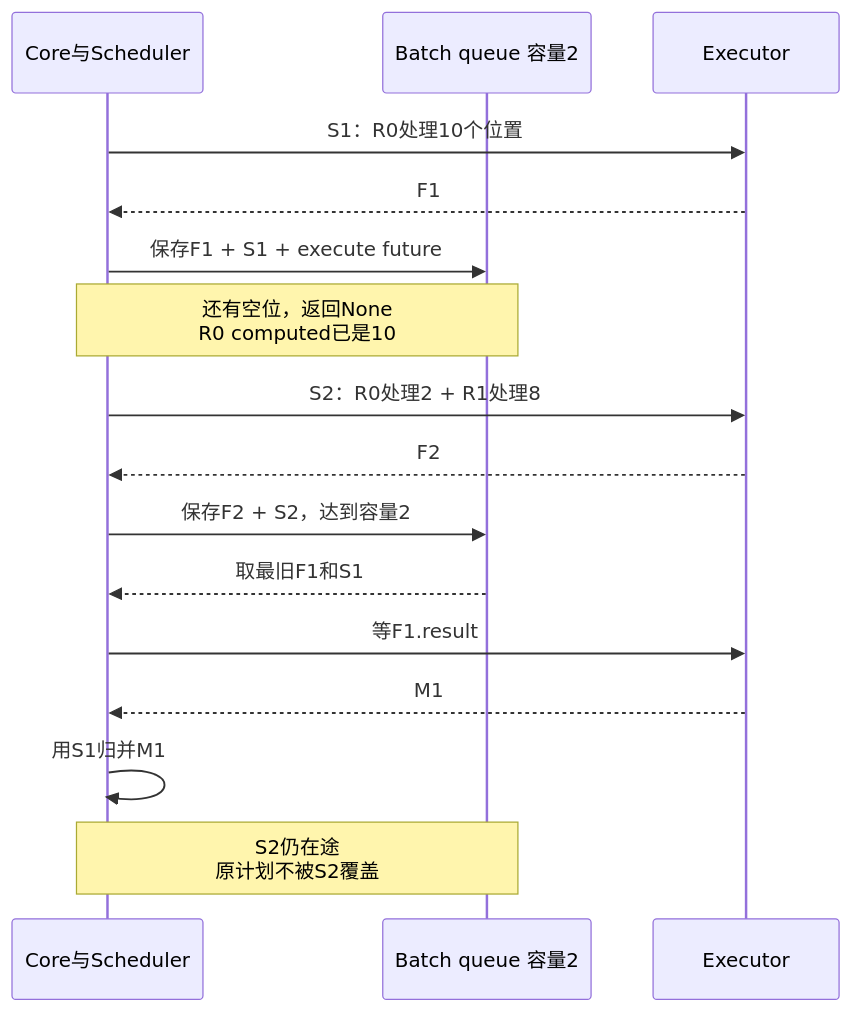
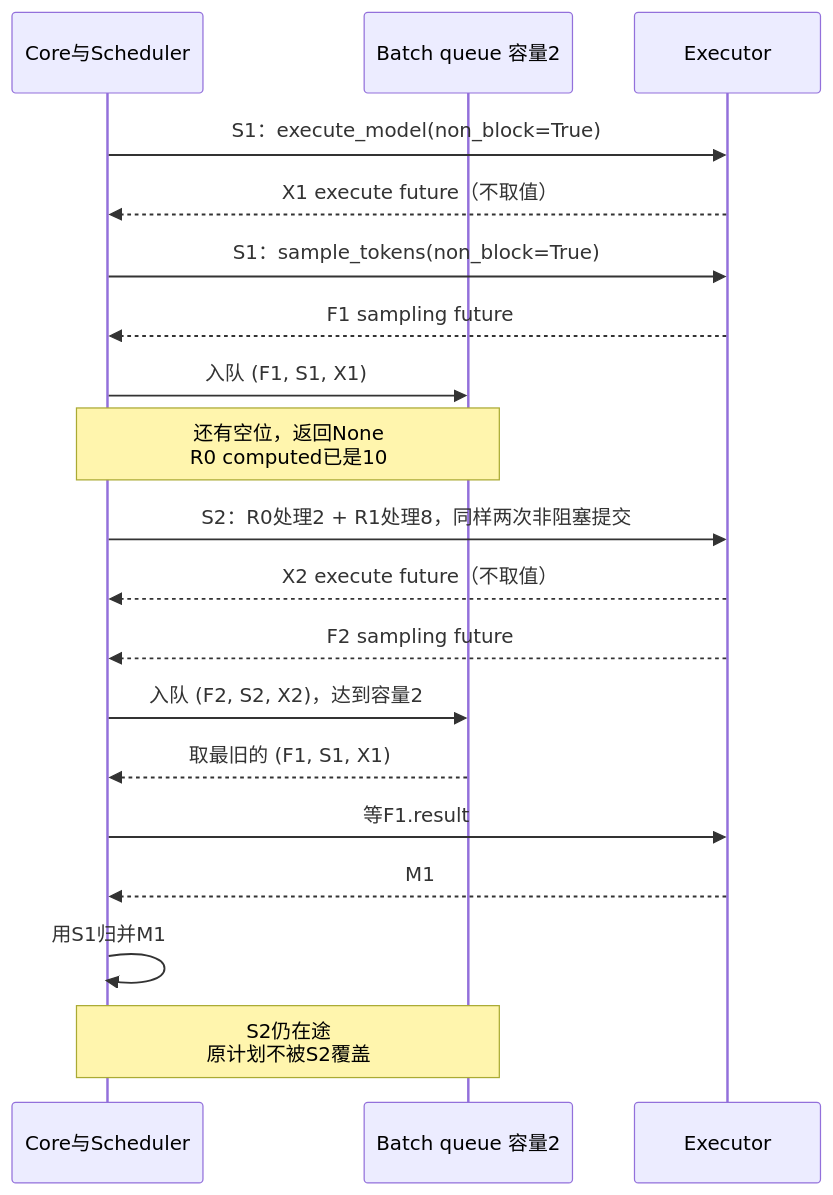
Before and after one commit to suhaibo666/llm-knowledge: the second of 4 diagrams in wiki/02_engineering/03_infer_frameworks/vllm/06_vllm_engine_architecture_analysis.md, drawn with Mermaid. The commit also changed other lines of this file and 59 other files, not shown here.

````diff
--- a/wiki/02_engineering/03_infer_frameworks/vllm/06_vllm_engine_architecture_analysis.md
+++ b/wiki/02_engineering/03_infer_frameworks/vllm/06_vllm_engine_architecture_analysis.md
@@ -129,18 +169,21 @@
 ```mermaid
 sequenceDiagram
     participant C as Core与Scheduler
     participant Q as Batch queue 容量2
     participant E as Executor
-    C->>E: S1：R0处理10个位置
-    E-->>C: F1
-    C->>Q: 保存F1 + S1 + execute future
+    C->>E: S1：execute_model(non_block=True)
+    E-->>C: X1 execute future（不取值）
+    C->>E: S1：sample_tokens(non_block=True)
+    E-->>C: F1 sampling future
+    C->>Q: 入队 (F1, S1, X1)
     Note over C,Q: 还有空位，返回None<br/>R0 computed已是10
-    C->>E: S2：R0处理2 + R1处理8
-    E-->>C: F2
-    C->>Q: 保存F2 + S2，达到容量2
-    Q-->>C: 取最旧F1和S1
+    C->>E: S2：R0处理2 + R1处理8，同样两次非阻塞提交
+    E-->>C: X2 execute future（不取值）
+    E-->>C: F2 sampling future
+    C->>Q: 入队 (F2, S2, X2)，达到容量2
+    Q-->>C: 取最旧的 (F1, S1, X1)
     C->>E: 等F1.result
     E-->>C: M1
     C->>C: 用S1归并M1
     Note over C,Q: S2仍在途<br/>原计划不被S2覆盖
 ```
````
